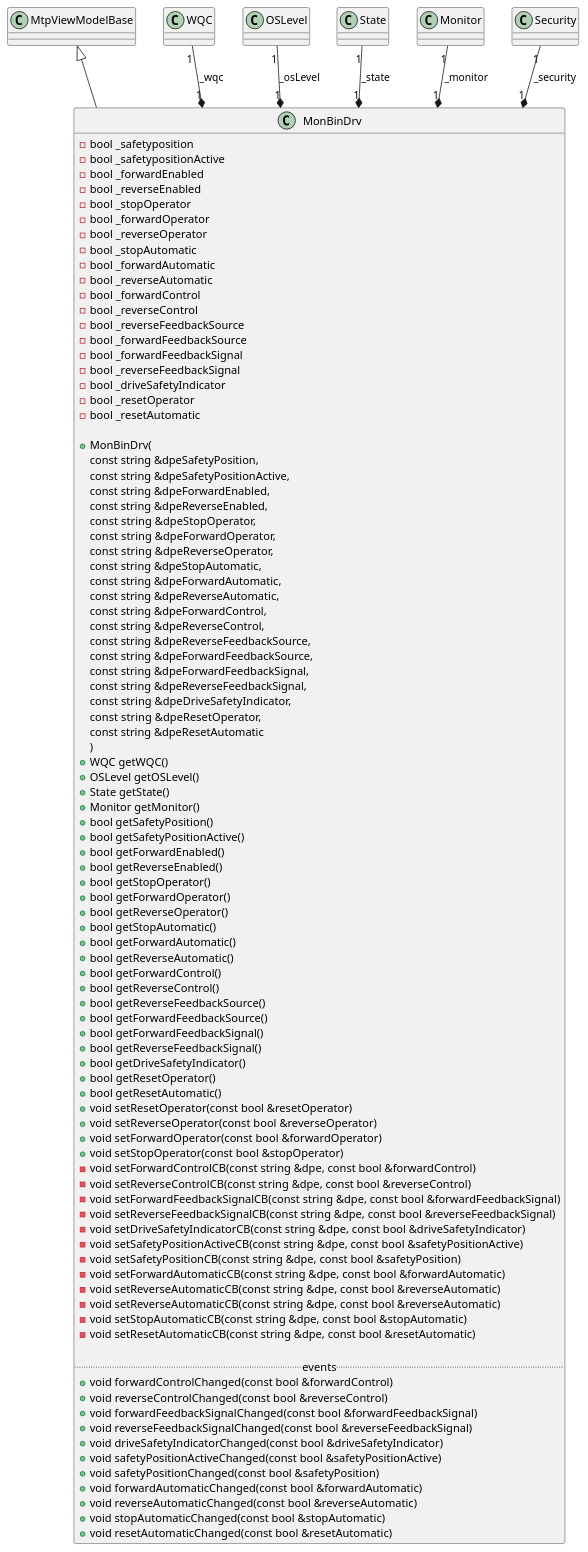
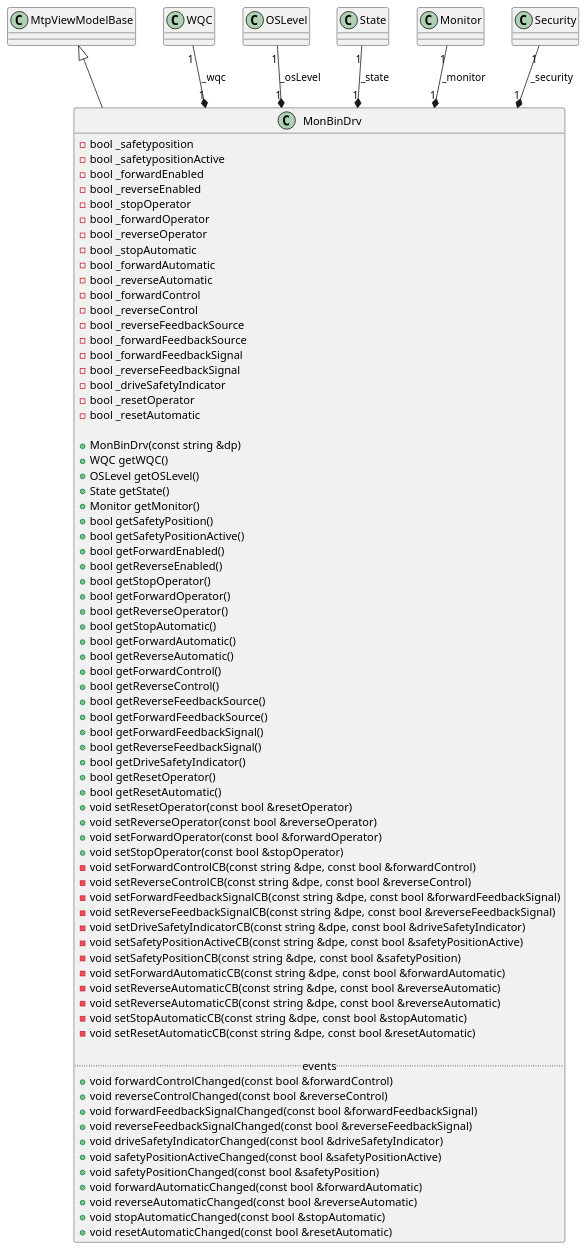
Before and after one commit to winccoa/winccoa-ae-ctrl-mtpimporter: the diagram in source/Module/MonBinDrv.puml, drawn with PlantUML. The commit also changed 7 other files, not shown here.

Commit message:
fix: constructors of class diagrams correct again

```diff
--- a/source/Module/MonBinDrv.puml
+++ b/source/Module/MonBinDrv.puml
@@ -1,121 +1,101 @@
 @startuml MonBinDrv
 
 class MonBinDrv
 {
     - bool _safetyposition
     - bool _safetypositionActive
     - bool _forwardEnabled
     - bool _reverseEnabled
     - bool _stopOperator
     - bool _forwardOperator
     - bool _reverseOperator
     - bool _stopAutomatic
     - bool _forwardAutomatic
     - bool _reverseAutomatic
     - bool _forwardControl
     - bool _reverseControl
     - bool _reverseFeedbackSource
     - bool _forwardFeedbackSource
     - bool _forwardFeedbackSignal
     - bool _reverseFeedbackSignal
     - bool _driveSafetyIndicator
     - bool _resetOperator
     - bool _resetAutomatic
     
-    + MonBinDrv(
-        const string &dpeSafetyPosition,
-        const string &dpeSafetyPositionActive,
-        const string &dpeForwardEnabled,
-        const string &dpeReverseEnabled,
-        const string &dpeStopOperator,
-        const string &dpeForwardOperator,
-        const string &dpeReverseOperator,
-        const string &dpeStopAutomatic,
-        const string &dpeForwardAutomatic,
-        const string &dpeReverseAutomatic,
-        const string &dpeForwardControl,
-        const string &dpeReverseControl,
-        const string &dpeReverseFeedbackSource,
-        const string &dpeForwardFeedbackSource,
-        const string &dpeForwardFeedbackSignal,
-        const string &dpeReverseFeedbackSignal,
-        const string &dpeDriveSafetyIndicator,
-        const string &dpeResetOperator,
-        const string &dpeResetAutomatic
-    )
+    + MonBinDrv(const string &dp)
     + WQC getWQC()
     + OSLevel getOSLevel()
     + State getState()
     + Monitor getMonitor()
     + bool getSafetyPosition()
     + bool getSafetyPositionActive()
     + bool getForwardEnabled()
     + bool getReverseEnabled()
     + bool getStopOperator()
     + bool getForwardOperator()
     + bool getReverseOperator()
     + bool getStopAutomatic()
     + bool getForwardAutomatic()
     + bool getReverseAutomatic()
     + bool getForwardControl()
     + bool getReverseControl()
     + bool getReverseFeedbackSource()
     + bool getForwardFeedbackSource()
     + bool getForwardFeedbackSignal()
     + bool getReverseFeedbackSignal()
     + bool getDriveSafetyIndicator()
     + bool getResetOperator()
     + bool getResetAutomatic()
     + void setResetOperator(const bool &resetOperator)
     + void setReverseOperator(const bool &reverseOperator)
     + void setForwardOperator(const bool &forwardOperator)
     + void setStopOperator(const bool &stopOperator)
     ' DPE: FwdCtrl
     - void setForwardControlCB(const string &dpe, const bool &forwardControl)
     ' DPE: RevCtrl
     - void setReverseControlCB(const string &dpe, const bool &reverseControl)
     ' DPE: FwdFbk
     - void setForwardFeedbackSignalCB(const string &dpe, const bool &forwardFeedbackSignal)
     ' DPE: RevFbk
     - void setReverseFeedbackSignalCB(const string &dpe, const bool &reverseFeedbackSignal)
     ' DPE: Trip
     - void setDriveSafetyIndicatorCB(const string &dpe, const bool &driveSafetyIndicator)
     ' DPE: SafePosAct
     - void setSafetyPositionActiveCB(const string &dpe, const bool &safetyPositionActive)
     ' DPE: SafePos
     - void setSafetyPositionCB(const string &dpe, const bool &safetyPosition)
     ' DPE: FwdAut
     - void setForwardAutomaticCB(const string &dpe, const bool &forwardAutomatic)
     ' DPE: RevAut
     - void setReverseAutomaticCB(const string &dpe, const bool &reverseAutomatic)
     ' DPE: RevAut
     - void setReverseAutomaticCB(const string &dpe, const bool &reverseAutomatic)
     ' DPE: StopAut
     - void setStopAutomaticCB(const string &dpe, const bool &stopAutomatic)
     ' DPE: ResetAut
     - void setResetAutomaticCB(const string &dpe, const bool &resetAutomatic)
 
     ..events..
     + void forwardControlChanged(const bool &forwardControl)
     + void reverseControlChanged(const bool &reverseControl)
     + void forwardFeedbackSignalChanged(const bool &forwardFeedbackSignal)
     + void reverseFeedbackSignalChanged(const bool &reverseFeedbackSignal)
     + void driveSafetyIndicatorChanged(const bool &driveSafetyIndicator)
     + void safetyPositionActiveChanged(const bool &safetyPositionActive)
     + void safetyPositionChanged(const bool &safetyPosition)
     + void forwardAutomaticChanged(const bool &forwardAutomatic)
     + void reverseAutomaticChanged(const bool &reverseAutomatic)
     + void stopAutomaticChanged(const bool &stopAutomatic)
     + void resetAutomaticChanged(const bool &resetAutomatic)
 }
 
 MtpViewModelBase <|-- MonBinDrv
 WQC "1" --* "1" MonBinDrv : _wqc
 OSLevel "1" --* "1" MonBinDrv : _osLevel
 ' DPE: StateChannel, StateOffAut, StateOpAut, StateAutAut, StateOffOp, StateOpOp, StateAutOp, StateOpAct, StateAutAct, StateOffAct
 State "1" --* "1" MonBinDrv : _state
 'DPE: MonEn, MonSafePos, MonStatErr, MonDynErr, MonStatTi, MonDynTi
 Monitor "1" --* "1" MonBinDrv : _monitor
 'DPE: PermEn, Permit, IntEn, Interlock, ProtEn, Protect
 Security "1" --* "1" MonBinDrv : _security
 @enduml
```
